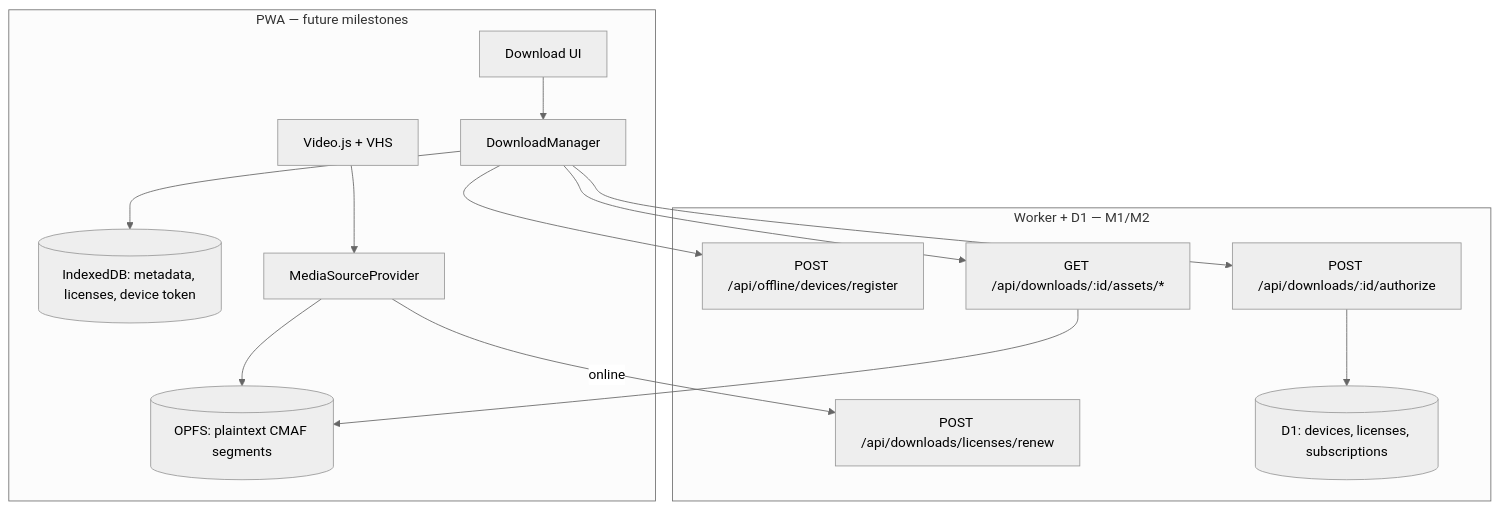
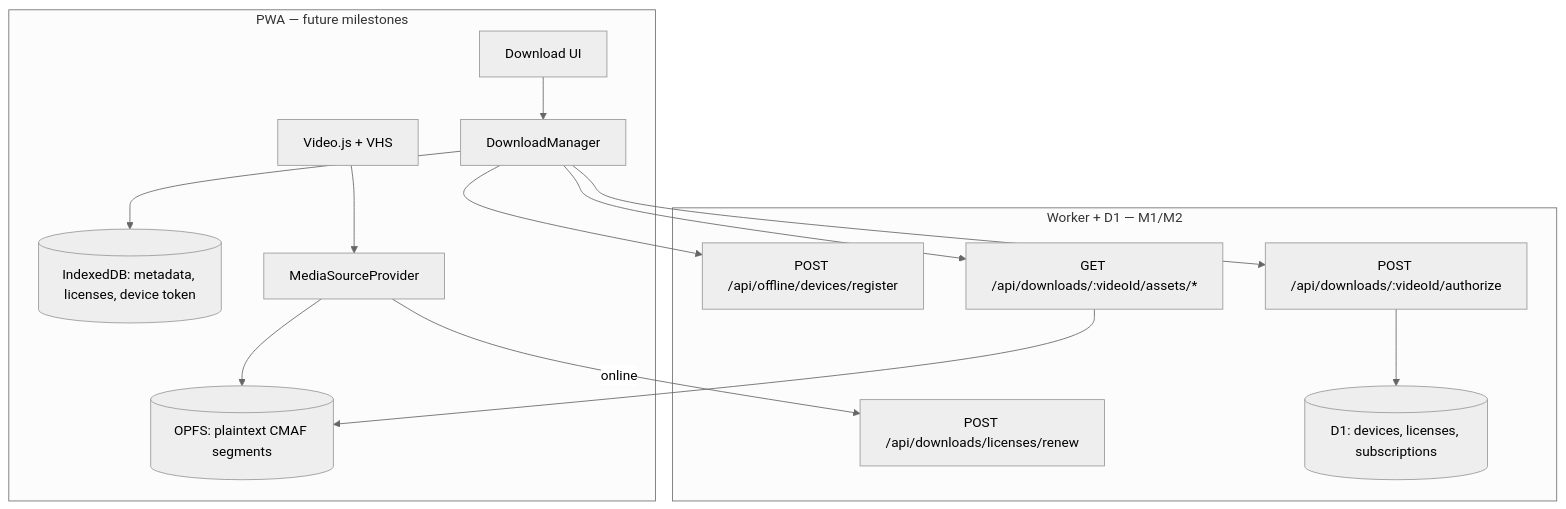
Before and after one commit to tojemoc/vmp: the diagram in docs/offline-downloads-roadmap.md, drawn with Mermaid (neutral theme). The commit also changed other lines of this file and 8 other files, not shown here.

First line of the commit message:
fix(api): address offline downloads review findings

````diff
--- a/docs/offline-downloads-roadmap.md
+++ b/docs/offline-downloads-roadmap.md
@@ -20,29 +20,29 @@
 ```mermaid
 flowchart TB
   subgraph client [PWA — future milestones]
     UI[Download UI]
     DM[DownloadManager]
     IDB[(IndexedDB: metadata, licenses, device token)]
     OPFS[(OPFS: plaintext CMAF segments)]
     MSP[MediaSourceProvider]
     Player[Video.js + VHS]
   end
 
   subgraph api [Worker + D1 — M1/M2]
     DevReg[POST /api/offline/devices/register]
-    Auth[POST /api/downloads/:id/authorize]
-    Assets[GET /api/downloads/:id/assets/*]
+    Auth[POST /api/downloads/:videoId/authorize]
+    Assets[GET /api/downloads/:videoId/assets/*]
     Renew[POST /api/downloads/licenses/renew]
     D1[(D1: devices, licenses, subscriptions)]
   end
 
   UI --> DM
   DM --> DevReg
   DM --> Auth
   Auth --> D1
   DM --> Assets
   Assets --> OPFS
   DM --> IDB
   Player --> MSP --> OPFS
   MSP -->|online| Renew
 ```
````
